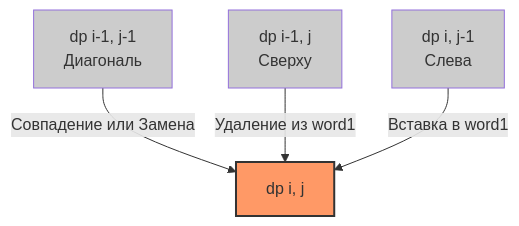
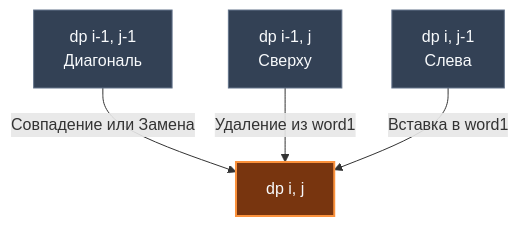
One commit to UnrealTemplier/go-textbook changed the diagram in sources/21. Задачи с LeetCode и собеседований на Go/02. Задачи/19. Динамическое программирование 2D/6. Edit Distance.md. Above: the diagram before and after it, drawn with Mermaid. The commit also changed 310 other files, not shown here.

First line of the commit message:
fix(mermaid): replace light fill colors with dark palette for readability on dark theme

````diff
--- a/sources/21. Задачи с LeetCode и собеседований на Go/02. Задачи/19. Динамическое программирование 2D/6. Edit Distance.md
+++ b/sources/21. Задачи с LeetCode и собеседований на Go/02. Задачи/19. Динамическое программирование 2D/6. Edit Distance.md
@@ -25,11 +25,11 @@
 ```mermaid
 flowchart TD
     A["dp i-1, j-1<br>Диагональ"] -->|Совпадение или Замена| D["dp i, j"]
     B["dp i-1, j<br>Сверху"] -->|Удаление из word1| D
     C["dp i, j-1<br>Слева"] -->|Вставка в word1| D
     
-    style D fill:#f96,stroke:#333,stroke-width:2px
-    style A fill:#ccc
-    style B fill:#ccc
-    style C fill:#ccc
+    style D fill:#78350f,stroke:#fb923c,stroke-width:2px,color:#f8fafc
+    style A fill:#334155,stroke:#64748b,color:#f8fafc
+    style B fill:#334155,stroke:#64748b,color:#f8fafc
+    style C fill:#334155,stroke:#64748b,color:#f8fafc
 ```
````
